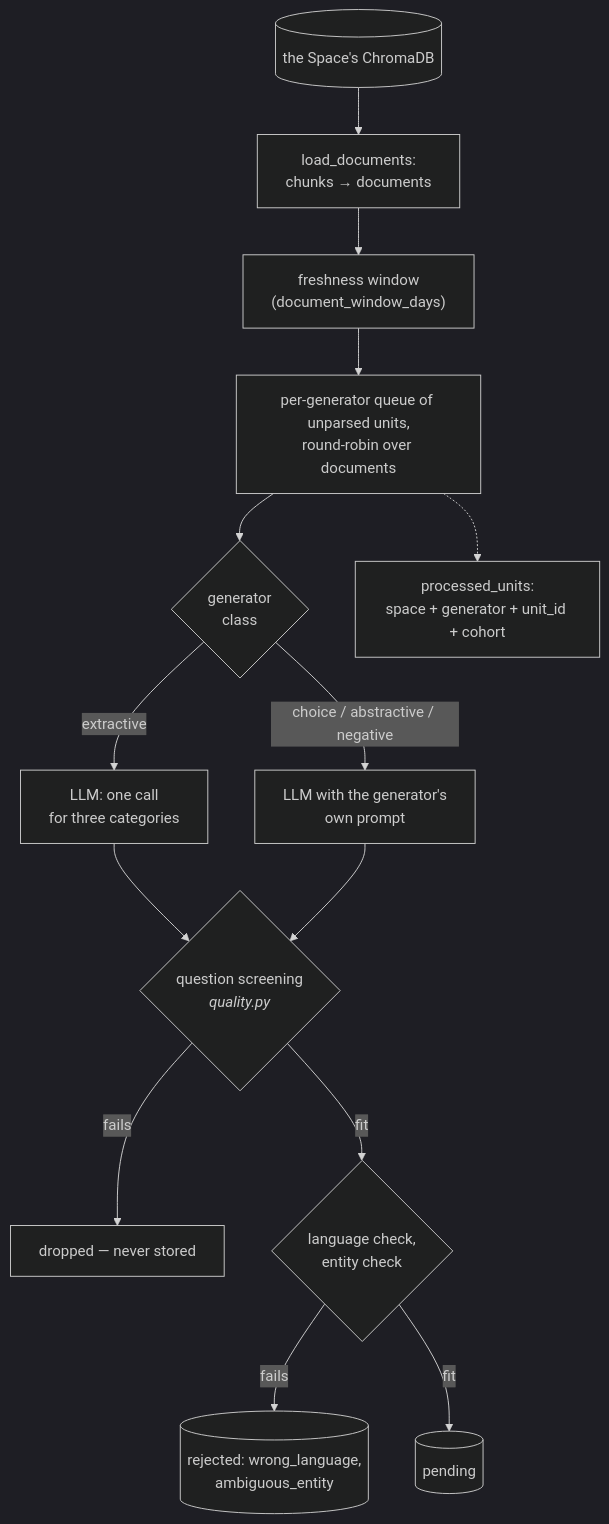
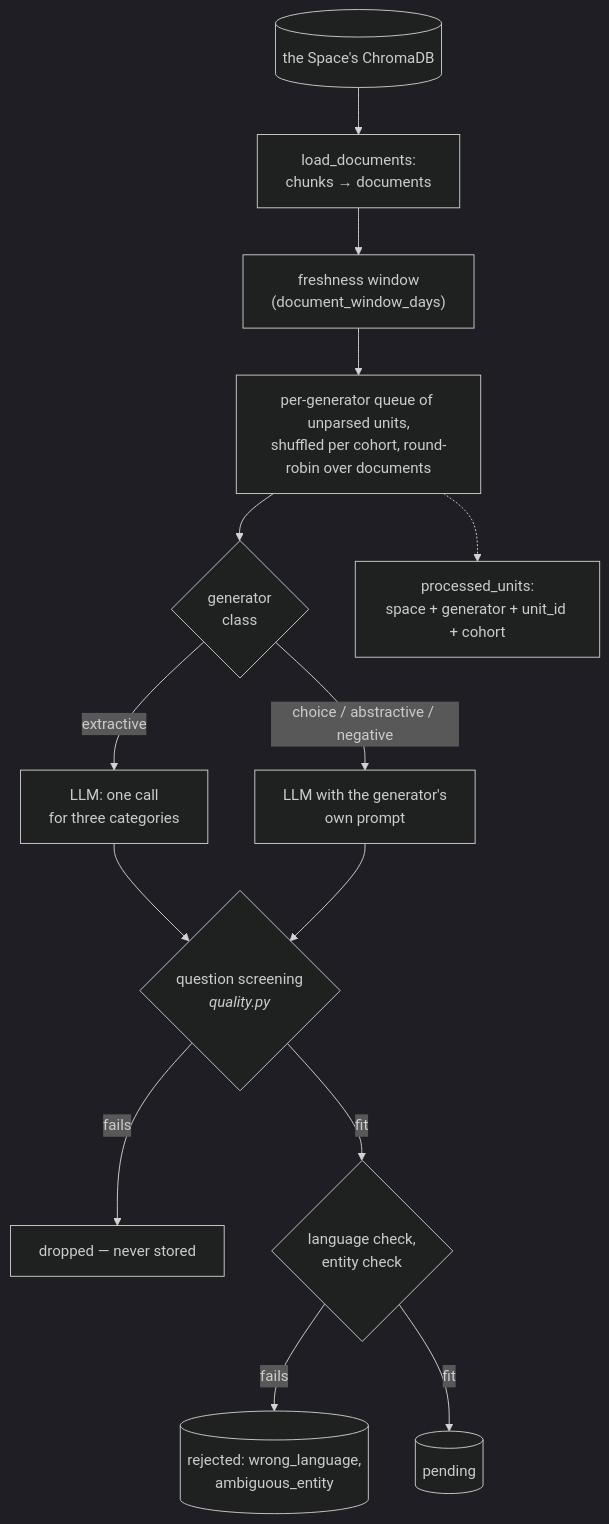
The first of 2 diagrams in packages/benchmark/docs/02-generation.md (OpenMined/syft-space), drawn with Mermaid (dark theme) before and after one commit. The commit also changed other lines of this file and 176 other files, not shown here.

Commit message:
feat(benchmark): search cap per answer and spending cap settings, search logged for every round and repeat, articles shuffled per cohort so every article is covered

````diff
--- a/packages/benchmark/docs/02-generation.md
+++ b/packages/benchmark/docs/02-generation.md
@@ -130,21 +130,21 @@
 ```mermaid
 flowchart TB
     CH[("the Space's ChromaDB")] --> LOAD["load_documents:<br/>chunks → documents"]
     LOAD --> WIN["freshness window<br/>(document_window_days)"]
-    WIN --> PICK["per-generator queue of unparsed units,<br/>round-robin over documents"]
+    WIN --> PICK["per-generator queue of unparsed units,<br/>shuffled per cohort, round-robin over documents"]
     PICK --> SPLIT{"generator<br/>class"}
 
     SPLIT -- "extractive" --> LLMX["LLM: one call<br/>for three categories"]
     SPLIT -- "choice / abstractive / negative" --> LLMG["LLM with the generator's<br/>own prompt"]
 
     LLMX --> R1
     LLMG --> R1
 
     R1{"question screening<br/><i>quality.py</i>"} -- "fails" --> DROP["dropped — never stored"]
     R1 -- "fit" --> R2{"language check,<br/>entity check"}
     R2 -- "fails" --> REJ[("rejected: wrong_language,<br/>ambiguous_entity")]
     R2 -- "fit" --> PEND[("pending")]
 
     MARK["processed_units:<br/>space + generator + unit_id + cohort"]
     PICK -.-> MARK
 ```
````
